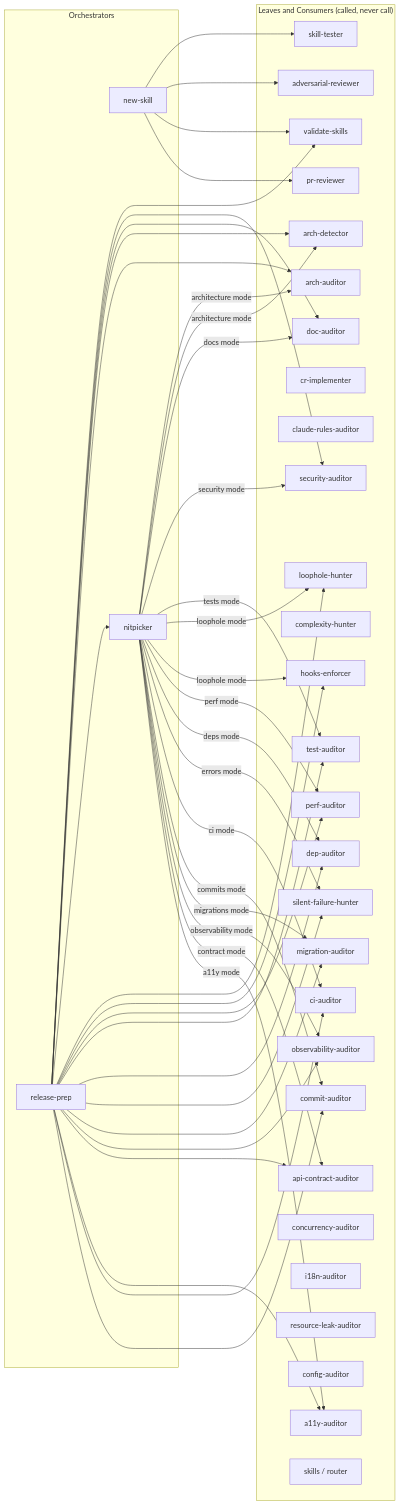
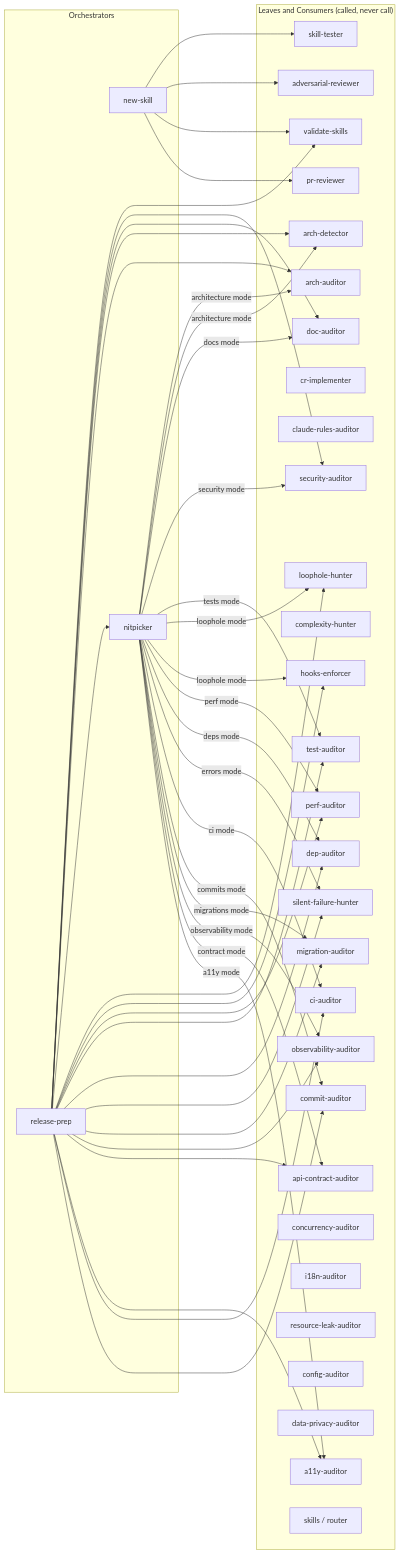
One commit to ivuorinen/skills changed the sixth of 6 diagrams in .claude/skills/README.md. Above: the diagram before and after it, drawn with Mermaid. The commit also changed other lines of this file and 9 other files, not shown here.

Commit message:
feat: add data-privacy-auditor skill (#51)

````diff
--- a/.claude/skills/README.md
+++ b/.claude/skills/README.md
@@ -455,80 +465,81 @@
 ```mermaid
 graph LR
     subgraph orchestrators["Orchestrators"]
         NS[new-skill]
         RP[release-prep]
         NP[nitpicker]
     end
 
     subgraph leaves["Leaves and Consumers (called, never call)"]
         AR[adversarial-reviewer]
         VS[validate-skills]
         AD[arch-detector]
         AA[arch-auditor]
         DA[doc-auditor]
         PR[pr-reviewer]
         SA[security-auditor]
         CRI[cr-implementer]
         CRA[claude-rules-auditor]
         LH[loophole-hunter]
         HE[hooks-enforcer]
         CH[complexity-hunter]
         PA[perf-auditor]
         TA[test-auditor]
         DEP[dep-auditor]
         SFH[silent-failure-hunter]
         CIA[ci-auditor]
         CMA[commit-auditor]
         MA[migration-auditor]
         OBA[observability-auditor]
         ACA[api-contract-auditor]
         AY[a11y-auditor]
         CC[concurrency-auditor]
         I18[i18n-auditor]
         RLK[resource-leak-auditor]
         CFG[config-auditor]
+        DPV[data-privacy-auditor]
         ST[skill-tester]
         SK[skills / router]
     end
 
     NS --> ST
     NS --> AR
     NS --> VS
     NS --> PR
 
     RP --> VS
     RP --> SA
     RP --> DA
     RP --> AD
     RP --> AA
     RP --> NP
     RP --> LH
     RP --> HE
     RP --> PA
     RP --> TA
     RP --> DEP
     RP --> SFH
     RP --> MA
     RP --> OBA
     RP --> ACA
     RP --> AY
     RP --> CIA
     RP --> CMA
 
     NP -->|architecture mode| AA
     NP -->|architecture mode| AD
     NP -->|docs mode| DA
     NP -->|security mode| SA
     NP -->|tests mode| TA
     NP -->|loophole mode| LH
     NP -->|loophole mode| HE
     NP -->|perf mode| PA
     NP -->|deps mode| DEP
     NP -->|errors mode| SFH
     NP -->|ci mode| CIA
     NP -->|commits mode| CMA
     NP -->|migrations mode| MA
     NP -->|observability mode| OBA
     NP -->|contract mode| ACA
     NP -->|a11y mode| AY
 ```
````
